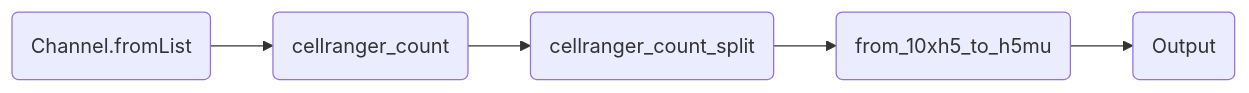
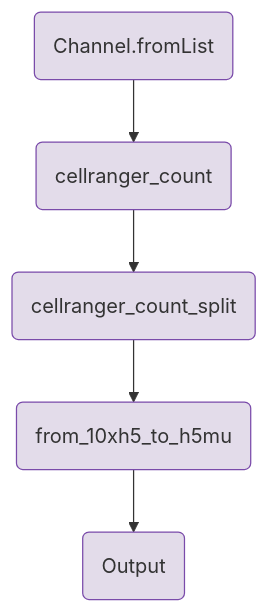
Before and after one commit to openpipelines-bio/website: the diagram in components/workflows/ingestion/cellranger_mapping.qmd, drawn with Mermaid. The commit also changed 21 other files, not shown here.

````diff
--- a/components/workflows/ingestion/cellranger_mapping.qmd
+++ b/components/workflows/ingestion/cellranger_mapping.qmd
@@ -121,14 +121,18 @@
 ```{mermaid}
-%%| column: screen-inset-shaded
-flowchart LR
+flowchart TB
     v0(Channel.fromList)
     v17(cellranger_count)
     v37(cellranger_count_split)
     v57(from_10xh5_to_h5mu)
     v84(Output)
     v0-->v17
     v17-->v37
     v37-->v57
     v57-->v84
+    style v0 fill:#e3dcea,stroke:#7a4baa;
+    style v17 fill:#e3dcea,stroke:#7a4baa;
+    style v37 fill:#e3dcea,stroke:#7a4baa;
+    style v57 fill:#e3dcea,stroke:#7a4baa;
+    style v84 fill:#e3dcea,stroke:#7a4baa;
 
 ```
````
